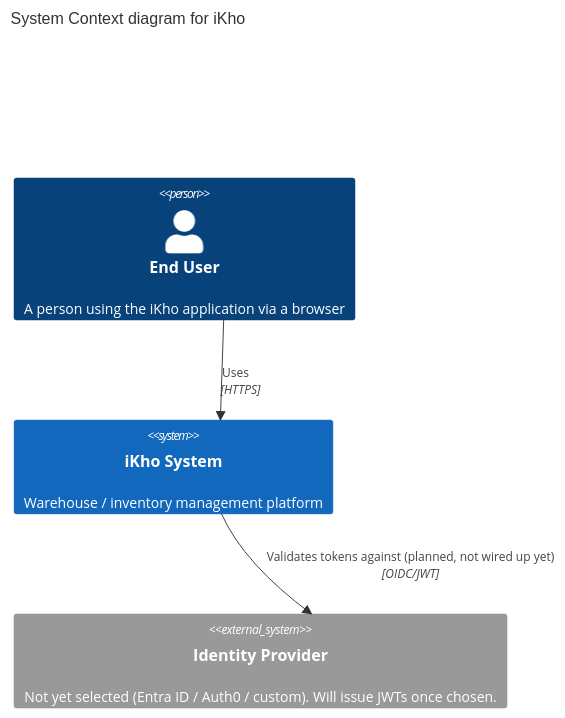
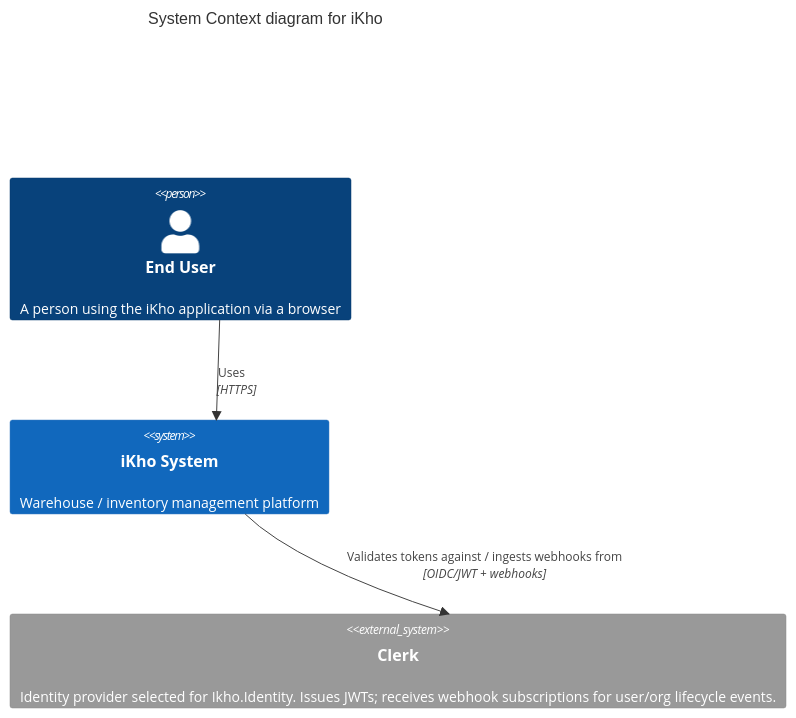
Before and after one commit to buidangkhoa05/iKho: the first of 3 diagrams in docs/architecture/README.md, drawn with Mermaid. The commit also changed other lines of this file and 6 other files, not shown here.

First line of the commit message:
feat: route /api/identity through the gateway and register Ikho.Identity in local infra

````diff
--- a/docs/architecture/README.md
+++ b/docs/architecture/README.md
@@ -22,15 +22,15 @@
 ```mermaid
 C4Context
     title System Context diagram for iKho
 
     Person(user, "End User", "A person using the iKho application via a browser")
 
     System(ikho, "iKho System", "Warehouse / inventory management platform")
 
-    System_Ext(idp, "Identity Provider", "Not yet selected (Entra ID / Auth0 / custom). Will issue JWTs once chosen.")
+    System_Ext(idp, "Clerk", "Identity provider selected for Ikho.Identity. Issues JWTs; receives webhook subscriptions for user/org lifecycle events.")
 
     Rel(user, ikho, "Uses", "HTTPS")
-    Rel(ikho, idp, "Validates tokens against (planned, not wired up yet)", "OIDC/JWT")
+    Rel(ikho, idp, "Validates tokens against / ingests webhooks from", "OIDC/JWT + webhooks")
 
     UpdateRelStyle(ikho, idp, $offsetY="-10")
 ```
````
